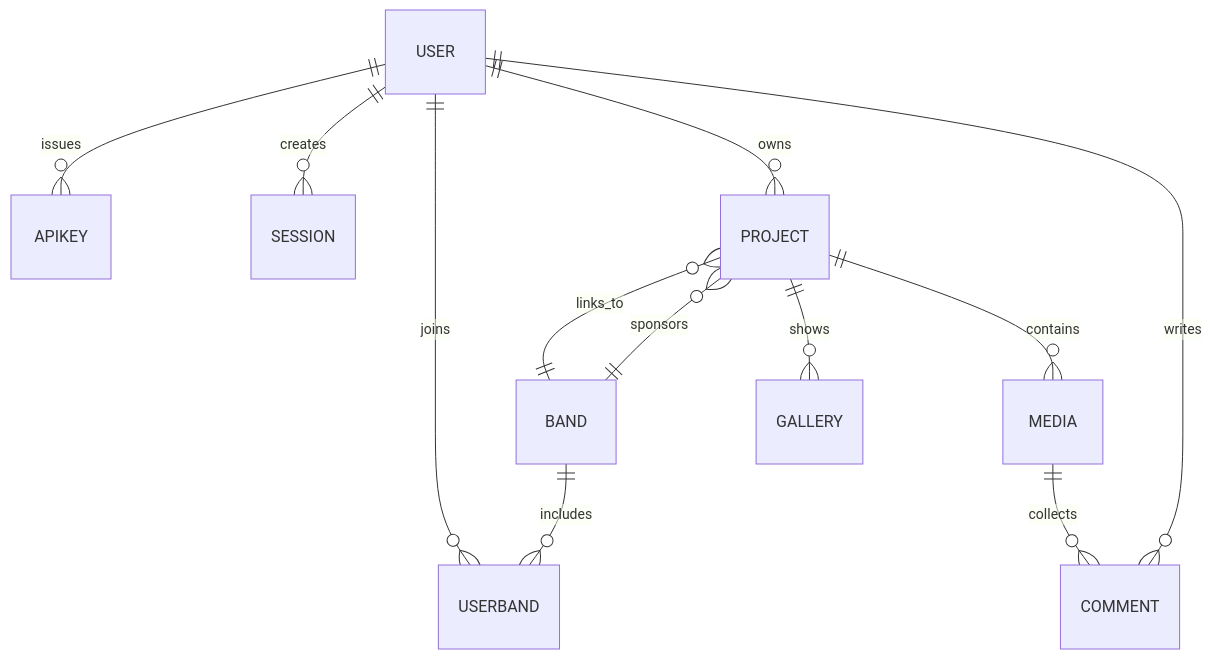
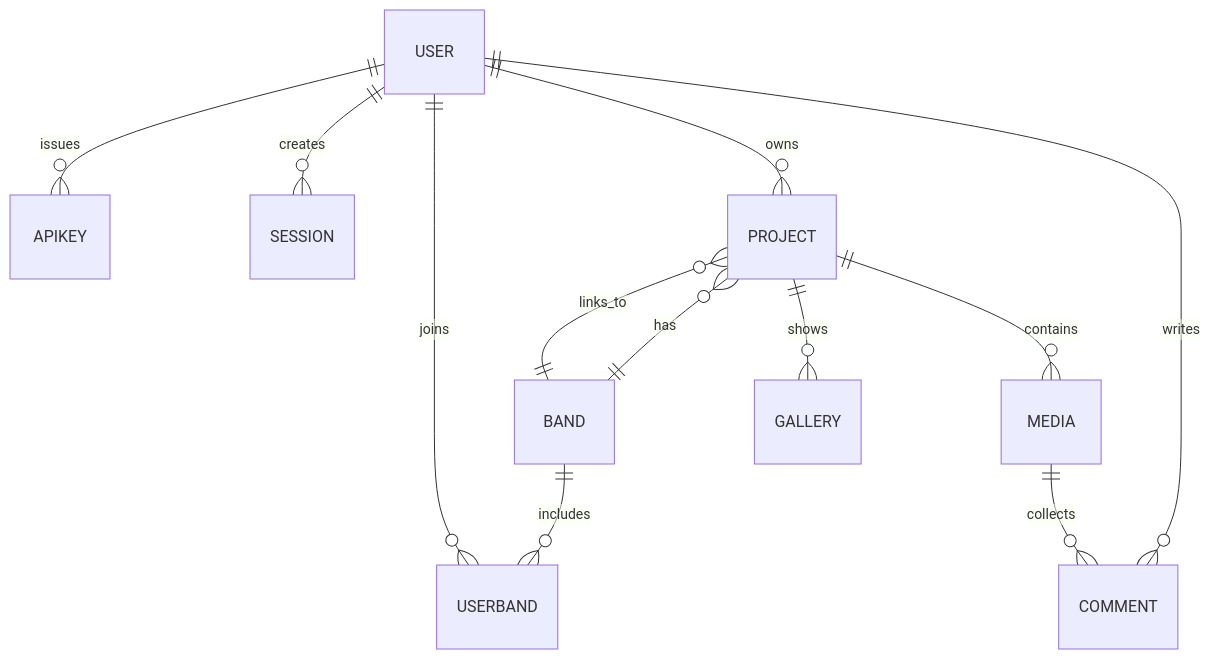
Before and after one commit to aweijnitz/band-bridge: the second of 2 diagrams in doc/Architecture.md, drawn with Mermaid.

Commit message:
Change relationship from 'sponsors' to 'has' in diagram

````diff
--- a/doc/Architecture.md
+++ b/doc/Architecture.md
@@ -21,14 +21,14 @@
 ```mermaid
 erDiagram
     USER ||--o{ APIKEY : "issues"
     USER ||--o{ SESSION : "creates"
     USER ||--o{ USERBAND : "joins"
     BAND ||--o{ USERBAND : "includes"
     USER ||--o{ PROJECT : "owns"
-    BAND ||--o{ PROJECT : "sponsors"
+    BAND ||--o{ PROJECT : "has"
     PROJECT }o--|| BAND : "links_to"
     PROJECT ||--o{ MEDIA : "contains"
     PROJECT ||--o{ GALLERY : "shows"
     MEDIA ||--o{ COMMENT : "collects"
     USER ||--o{ COMMENT : "writes"
 ```
````
